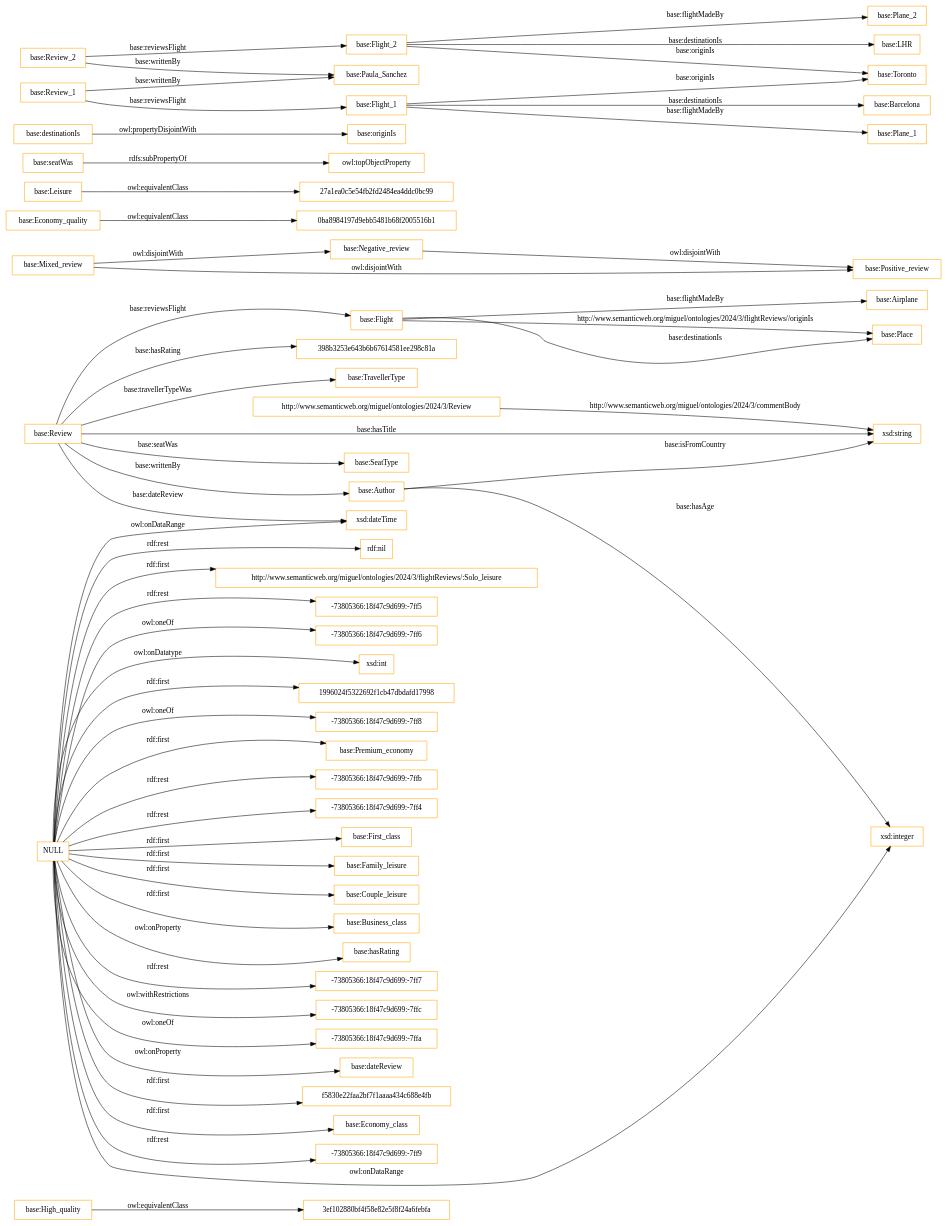
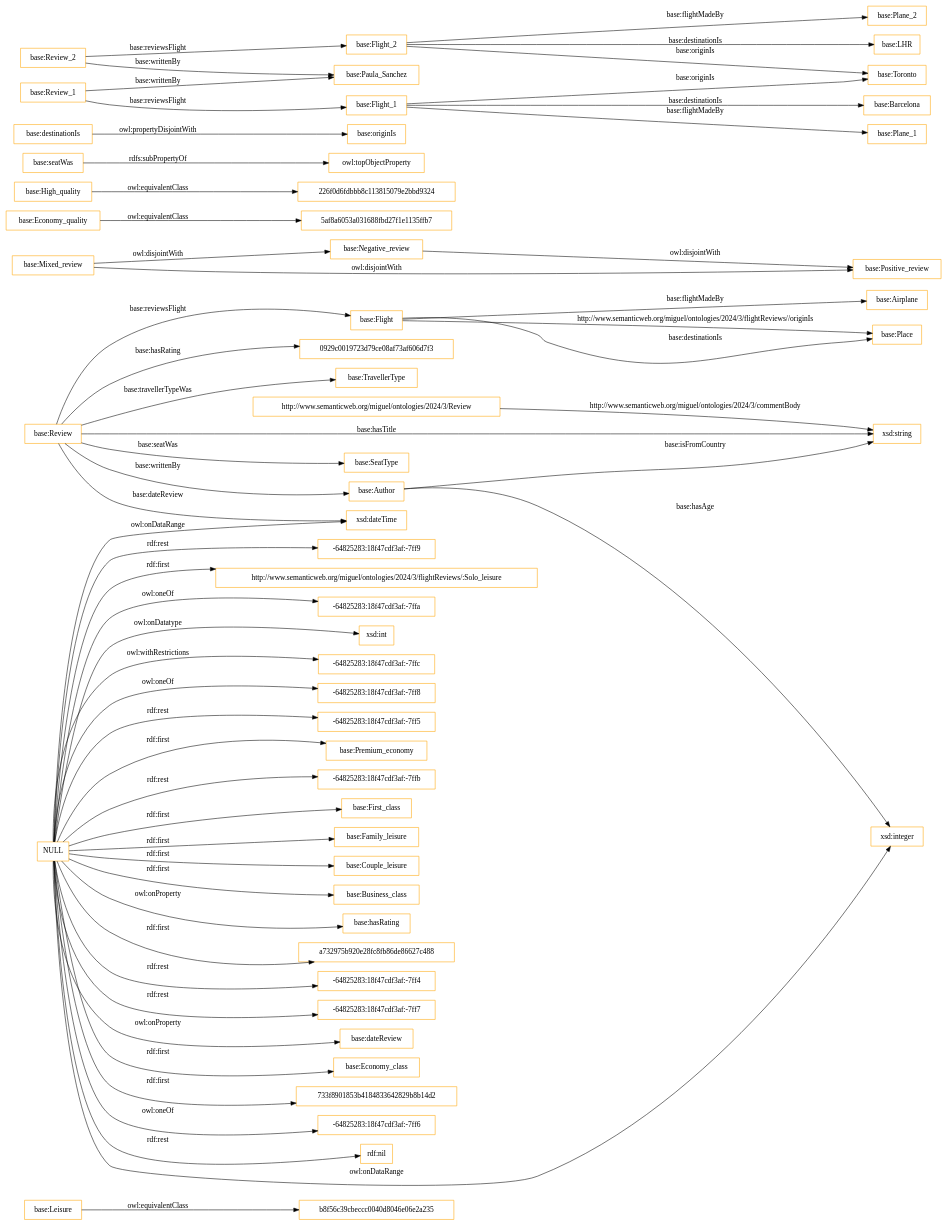
The diagram in OnToology/ontology.ttl/diagrams/ar2dtool-class/ontology.ttl.png.dot (MigueldSPallares/FlightReviews), drawn with Graphviz before and after one commit. The commit also changed 2 other files, not shown here.

```diff
--- a/OnToology/ontology.ttl/diagrams/ar2dtool-class/ontology.ttl.png.dot
+++ b/OnToology/ontology.ttl/diagrams/ar2dtool-class/ontology.ttl.png.dot
@@ -1,61 +1,61 @@
 digraph ar2dtool_diagram { 
 rankdir=LR;
 size="1501"
-node [shape = rectangle, color="orange"]; "3ef102880bf4f58e82e5f8f24a6febfa" "base:TravellerType" "base:Place" "base:Flight" "base:Negative_review" "base:Author" "base:Economy_quality" "base:SeatType" "base:Mixed_review" "base:Leisure" "27a1ea0c5e54fb2fd2484ea4ddc0bc99" "0ba8984197d9ebb5481b68f2005516b1" "base:Review" "base:High_quality" "base:Positive_review" "base:Airplane" ; /*classes style*/
+node [shape = rectangle, color="orange"]; "b8f56c39cbeccc0040d8046e06e2a235" "base:TravellerType" "base:Place" "base:Flight" "base:Negative_review" "base:Author" "base:Economy_quality" "base:SeatType" "5af8a6053a031688fbd27f1e1135ffb7" "base:Mixed_review" "base:Leisure" "base:Review" "base:High_quality" "base:Positive_review" "226f0d6fdbbb8c113815079e2bbd9324" "base:Airplane" ; /*classes style*/
 	"NULL" -> "base:Premium_economy" [ label = "rdf:first" ];
-	"NULL" -> "-73805366:18f47c9d699:-7ffb" [ label = "rdf:rest" ];
-	"NULL" -> "-73805366:18f47c9d699:-7ff4" [ label = "rdf:rest" ];
+	"NULL" -> "-64825283:18f47cdf3af:-7ffb" [ label = "rdf:rest" ];
 	"NULL" -> "base:First_class" [ label = "rdf:first" ];
 	"NULL" -> "base:Family_leisure" [ label = "rdf:first" ];
 	"NULL" -> "base:Couple_leisure" [ label = "rdf:first" ];
 	"NULL" -> "base:Business_class" [ label = "rdf:first" ];
 	"NULL" -> "base:hasRating" [ label = "owl:onProperty" ];
-	"NULL" -> "-73805366:18f47c9d699:-7ff7" [ label = "rdf:rest" ];
 	"NULL" -> "xsd:integer" [ label = "owl:onDataRange" ];
 	"NULL" -> "xsd:dateTime" [ label = "owl:onDataRange" ];
-	"NULL" -> "-73805366:18f47c9d699:-7ffc" [ label = "owl:withRestrictions" ];
-	"NULL" -> "-73805366:18f47c9d699:-7ffa" [ label = "owl:oneOf" ];
+	"NULL" -> "a732975b920e28fc8fb86de86627c488" [ label = "rdf:first" ];
+	"NULL" -> "-64825283:18f47cdf3af:-7ff4" [ label = "rdf:rest" ];
+	"NULL" -> "-64825283:18f47cdf3af:-7ff7" [ label = "rdf:rest" ];
 	"NULL" -> "base:dateReview" [ label = "owl:onProperty" ];
-	"NULL" -> "f5830e22faa2bf7f1aaaa434c688e4fb" [ label = "rdf:first" ];
 	"NULL" -> "base:Economy_class" [ label = "rdf:first" ];
-	"NULL" -> "-73805366:18f47c9d699:-7ff9" [ label = "rdf:rest" ];
+	"NULL" -> "733f8901853b4184833642829b8b14d2" [ label = "rdf:first" ];
+	"NULL" -> "-64825283:18f47cdf3af:-7ff6" [ label = "owl:oneOf" ];
 	"NULL" -> "rdf:nil" [ label = "rdf:rest" ];
+	"NULL" -> "-64825283:18f47cdf3af:-7ff9" [ label = "rdf:rest" ];
 	"NULL" -> "http://www.semanticweb.org/miguel/ontologies/2024/3/flightReviews/:Solo_leisure" [ label = "rdf:first" ];
-	"NULL" -> "-73805366:18f47c9d699:-7ff5" [ label = "rdf:rest" ];
-	"NULL" -> "-73805366:18f47c9d699:-7ff6" [ label = "owl:oneOf" ];
+	"NULL" -> "-64825283:18f47cdf3af:-7ffa" [ label = "owl:oneOf" ];
 	"NULL" -> "xsd:int" [ label = "owl:onDatatype" ];
-	"NULL" -> "1996024f5322692f1cb47dbdafd17998" [ label = "rdf:first" ];
-	"NULL" -> "-73805366:18f47c9d699:-7ff8" [ label = "owl:oneOf" ];
+	"NULL" -> "-64825283:18f47cdf3af:-7ffc" [ label = "owl:withRestrictions" ];
+	"NULL" -> "-64825283:18f47cdf3af:-7ff8" [ label = "owl:oneOf" ];
+	"NULL" -> "-64825283:18f47cdf3af:-7ff5" [ label = "rdf:rest" ];
 	"base:seatWas" -> "owl:topObjectProperty" [ label = "rdfs:subPropertyOf" ];
 	"base:destinationIs" -> "base:originIs" [ label = "owl:propertyDisjointWith" ];
 	"base:Review_2" -> "base:Paula_Sanchez" [ label = "base:writtenBy" ];
 	"base:Review_2" -> "base:Flight_2" [ label = "base:reviewsFlight" ];
 	"base:Flight_2" -> "base:Toronto" [ label = "base:originIs" ];
 	"base:Flight_2" -> "base:Plane_2" [ label = "base:flightMadeBy" ];
 	"base:Flight_2" -> "base:LHR" [ label = "base:destinationIs" ];
-	"base:Economy_quality" -> "0ba8984197d9ebb5481b68f2005516b1" [ label = "owl:equivalentClass" ];
+	"base:Economy_quality" -> "5af8a6053a031688fbd27f1e1135ffb7" [ label = "owl:equivalentClass" ];
 	"base:Review_1" -> "base:Paula_Sanchez" [ label = "base:writtenBy" ];
 	"base:Review_1" -> "base:Flight_1" [ label = "base:reviewsFlight" ];
-	"base:High_quality" -> "3ef102880bf4f58e82e5f8f24a6febfa" [ label = "owl:equivalentClass" ];
+	"base:High_quality" -> "226f0d6fdbbb8c113815079e2bbd9324" [ label = "owl:equivalentClass" ];
 	"base:Flight_1" -> "base:Toronto" [ label = "base:originIs" ];
 	"base:Flight_1" -> "base:Plane_1" [ label = "base:flightMadeBy" ];
 	"base:Flight_1" -> "base:Barcelona" [ label = "base:destinationIs" ];
-	"base:Leisure" -> "27a1ea0c5e54fb2fd2484ea4ddc0bc99" [ label = "owl:equivalentClass" ];
+	"base:Leisure" -> "b8f56c39cbeccc0040d8046e06e2a235" [ label = "owl:equivalentClass" ];
 	"base:Mixed_review" -> "base:Positive_review" [ label = "owl:disjointWith" ];
 	"base:Mixed_review" -> "base:Negative_review" [ label = "owl:disjointWith" ];
 	"base:Negative_review" -> "base:Positive_review" [ label = "owl:disjointWith" ];
 	"http://www.semanticweb.org/miguel/ontologies/2024/3/Review" -> "xsd:string" [ label = "http://www.semanticweb.org/miguel/ontologies/2024/3/commentBody" ];
 	"base:Flight" -> "base:Airplane" [ label = "base:flightMadeBy" ];
 	"base:Flight" -> "base:Place" [ label = "http://www.semanticweb.org/miguel/ontologies/2024/3/flightReviews//originIs" ];
 	"base:Review" -> "base:Author" [ label = "base:writtenBy" ];
 	"base:Review" -> "base:TravellerType" [ label = "base:travellerTypeWas" ];
 	"base:Review" -> "base:Flight" [ label = "base:reviewsFlight" ];
-	"base:Review" -> "398b3253e643b6b67614581ee298c81a" [ label = "base:hasRating" ];
+	"base:Review" -> "0929c0019723d79ce08af73af606d7f3" [ label = "base:hasRating" ];
 	"base:Review" -> "base:SeatType" [ label = "base:seatWas" ];
 	"base:Flight" -> "base:Place" [ label = "base:destinationIs" ];
 	"base:Review" -> "xsd:string" [ label = "base:hasTitle" ];
 	"base:Review" -> "xsd:dateTime" [ label = "base:dateReview" ];
 	"base:Author" -> "xsd:string" [ label = "base:isFromCountry" ];
 	"base:Author" -> "xsd:integer" [ label = "base:hasAge" ];
 
 }
```
